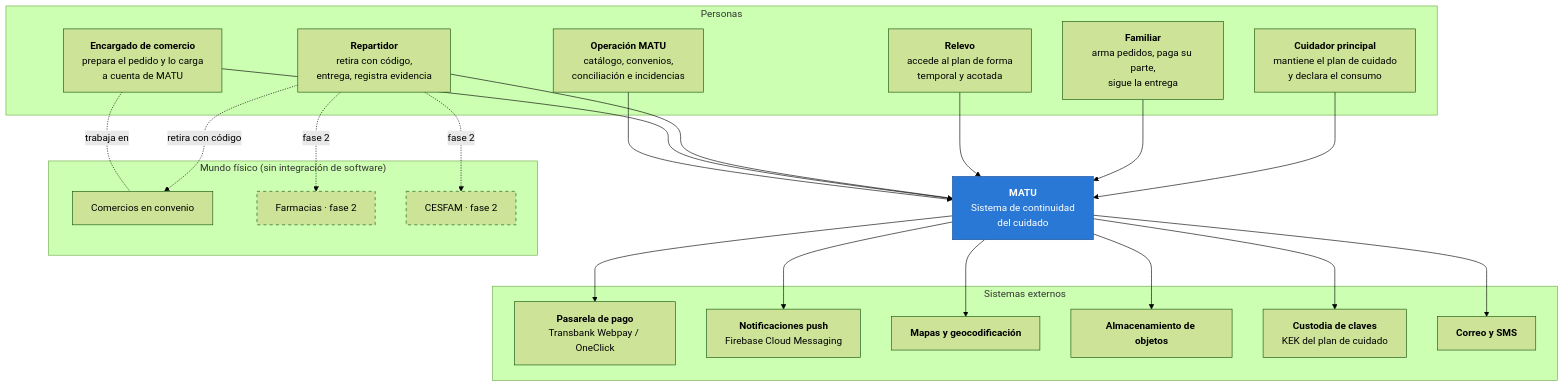
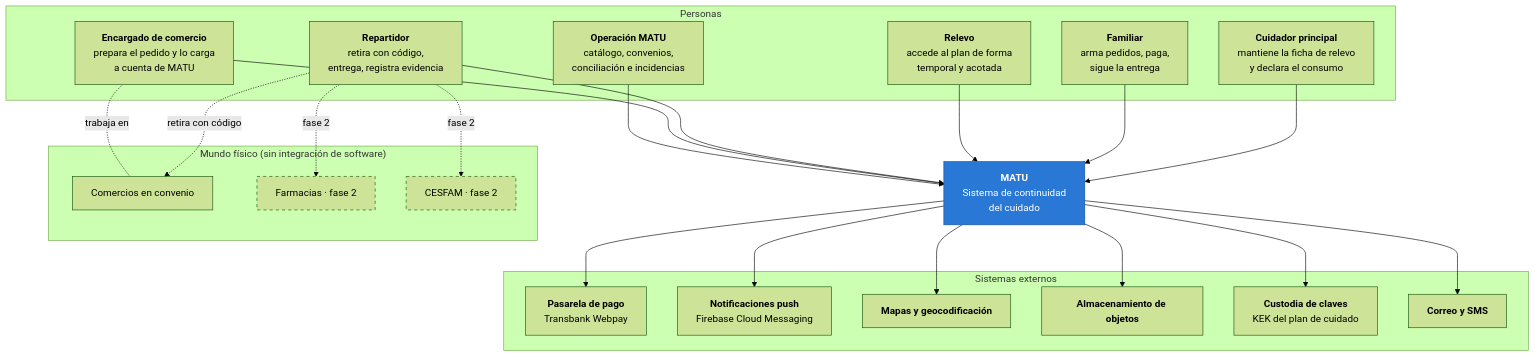
Before and after one commit to MartinHenriquez131/MATU: the second of 11 diagrams in Docs/arquitectura.md, drawn with Mermaid (forest theme). The commit also changed other lines of this file, not shown here.

````diff
--- a/Docs/arquitectura.md
+++ b/Docs/arquitectura.md
@@ -236,51 +259,51 @@
 ```mermaid
 graph TB
     subgraph Personas
-        C["<b>Cuidador principal</b><br/>mantiene el plan de cuidado<br/>y declara el consumo"]
-        F["<b>Familiar</b><br/>arma pedidos, paga su parte,<br/>sigue la entrega"]
+        C["<b>Cuidador principal</b><br/>mantiene la ficha de relevo<br/>y declara el consumo"]
+        F["<b>Familiar</b><br/>arma pedidos, paga,<br/>sigue la entrega"]
         R["<b>Relevo</b><br/>accede al plan de forma<br/>temporal y acotada"]
         D["<b>Repartidor</b><br/>retira con código,<br/>entrega, registra evidencia"]
         E["<b>Encargado de comercio</b><br/>prepara el pedido y lo carga<br/>a cuenta de MATU"]
         O["<b>Operación MATU</b><br/>catálogo, convenios,<br/>conciliación e incidencias"]
     end
 
     M["<b>MATU</b><br/>Sistema de continuidad<br/>del cuidado"]
 
     subgraph "Sistemas externos"
-        TB["<b>Pasarela de pago</b><br/>Transbank Webpay / OneClick"]
+        TB["<b>Pasarela de pago</b><br/>Transbank Webpay"]
         FCM["<b>Notificaciones push</b><br/>Firebase Cloud Messaging"]
         MAP["<b>Mapas y geocodificación</b>"]
         OBJ["<b>Almacenamiento de objetos</b>"]
         KMS["<b>Custodia de claves</b><br/>KEK del plan de cuidado"]
         MAIL["<b>Correo y SMS</b>"]
     end
 
     subgraph "Mundo físico (sin integración de software)"
         COM["Comercios en convenio"]
         FAR["Farmacias · fase 2"]
         CES["CESFAM · fase 2"]
     end
 
     C --> M
     F --> M
     R --> M
     D --> M
     E --> M
     O --> M
 
     M --> TB
     M --> FCM
     M --> MAP
     M --> OBJ
     M --> KMS
     M --> MAIL
 
     D -.->|retira con código| COM
     E -.-|trabaja en| COM
     D -.->|fase 2| FAR
     D -.->|fase 2| CES
 
     style M fill:#2a78d6,color:#fff,stroke:#184f95
     style FAR stroke-dasharray: 5 5
     style CES stroke-dasharray: 5 5
 ```
````
